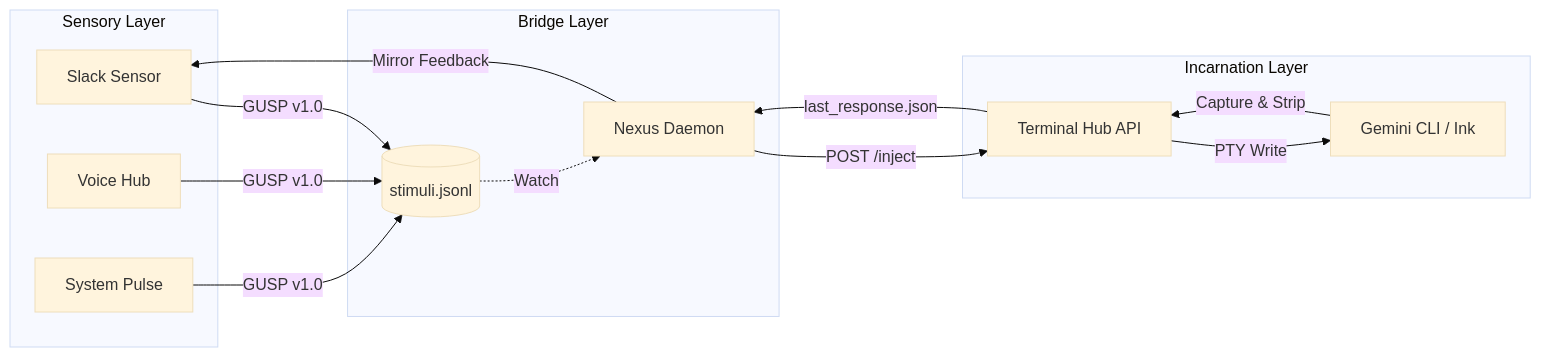
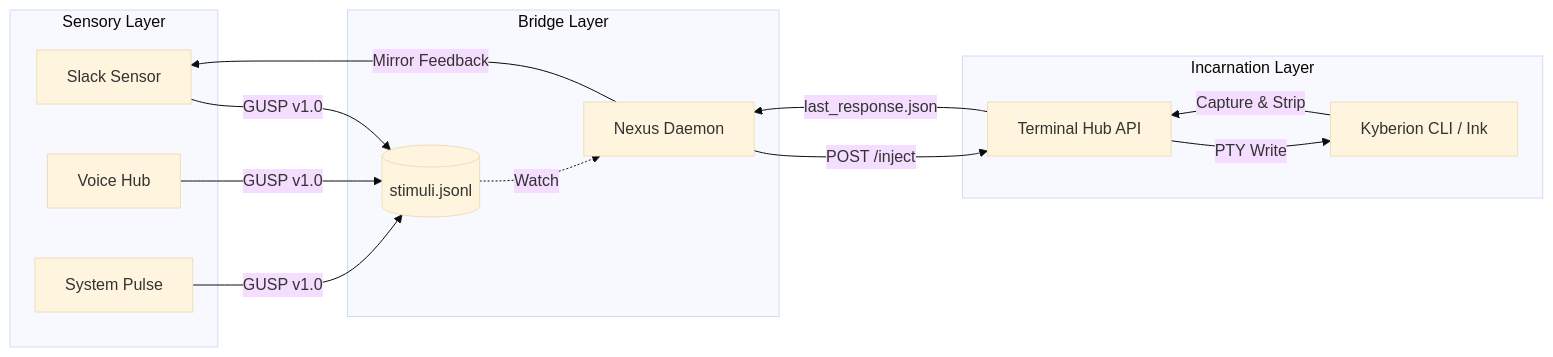
One commit to famaoai-creator/kyberion changed the diagram in knowledge/public/architecture/sensory-bridge-protocol.md. Above: the diagram before and after it, drawn with Mermaid (base theme). The commit also changed other lines of this file and 125 other files, not shown here.

Commit message:
chore: rename GEMINI to Kyberion and align ecosystem components

````diff
--- a/knowledge/public/architecture/sensory-bridge-protocol.md
+++ b/knowledge/public/architecture/sensory-bridge-protocol.md
@@ -18,26 +18,26 @@
 ```mermaid
 graph LR
     subgraph Sensors [Sensory Layer]
         S1[Slack Sensor]
         S2[Voice Hub]
         S3[System Pulse]
     end
 
     subgraph Nerve [Bridge Layer]
         B1[(stimuli.jsonl)]
         B2[Nexus Daemon]
     end
 
     subgraph Hub [Incarnation Layer]
         H1[Terminal Hub API]
-        H2[Gemini CLI / Ink]
+        H2[Kyberion CLI / Ink]
     end
 
     S1 & S2 & S3 -->|GUSP v1.0| B1
     B1 -.->|Watch| B2
     B2 -->|POST /inject| H1
     H1 -->|PTY Write| H2
     H2 -->|Capture & Strip| H1
     H1 -->|last_response.json| B2
     B2 -->|Mirror Feedback| S1
 ```
````
